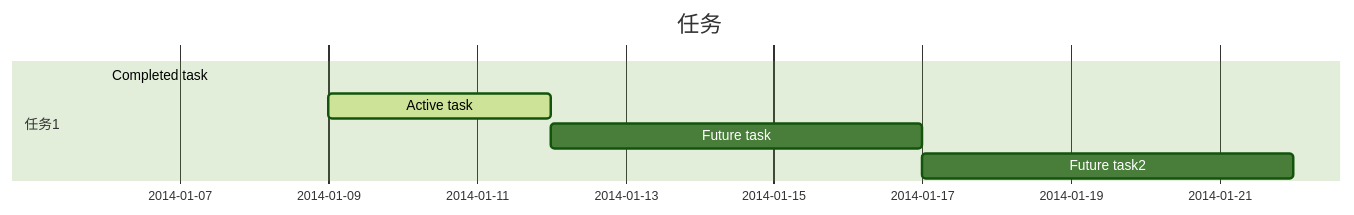
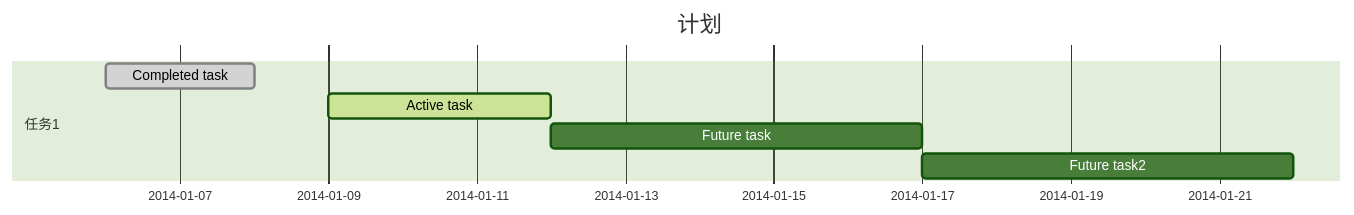
Before and after one commit to telesoho/telesoho.github.io: the third of 3 diagrams in _posts/2018-10-08-TODO.markdown, drawn with Mermaid (forest theme). The commit also changed 12 other files, not shown here.

````diff
--- a/_posts/2018-10-08-TODO.markdown
+++ b/_posts/2018-10-08-TODO.markdown
@@ -63,11 +63,11 @@
 ```mermaid
 gantt
-dateFormat  2017-10-22
-title 任务
+dateFormat  YYYY-MM-DD
+title 计划
 
 section 任务1
 Completed task            :done,    des1, 2014-01-06,2014-01-08
 Active task               :active,  des2, 2014-01-09, 3d
 Future task               :         des3, after des2, 5d
 Future task2               :         des4, after des3, 5d
 ```
````
